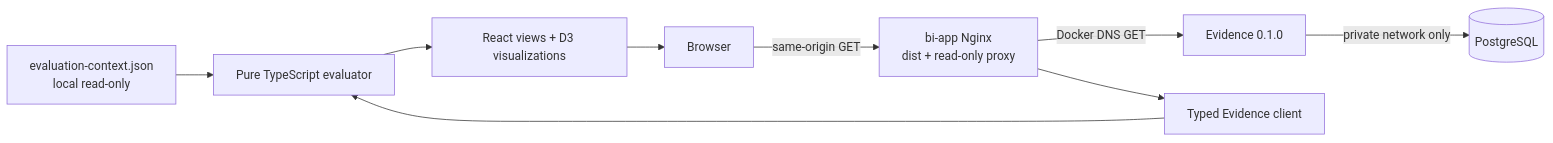
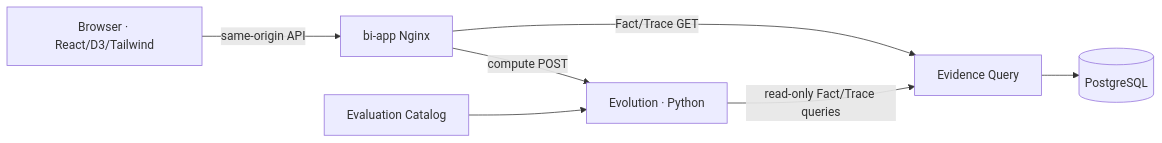
One commit to firestige/workflow-self-recursive changed the diagram in docs/systems/bi/bi-system.md. Above: the diagram before and after it, drawn with Mermaid. The commit also changed other lines of this file and 1 other file, not shown here.

````diff
--- a/docs/systems/bi/bi-system.md
+++ b/docs/systems/bi/bi-system.md
@@ -21,11 +22,9 @@
 ```mermaid
 flowchart LR
-    context["evaluation-context.json<br/>local read-only"] --> evaluator["Pure TypeScript evaluator"]
-    browser[Browser] -->|same-origin GET| nginx["bi-app Nginx<br/>dist + read-only proxy"]
-    nginx -->|Docker DNS GET| evidence["Evidence 0.1.0"]
-    evidence -->|private network only| postgres[(PostgreSQL)]
-    nginx --> client["Typed Evidence client"]
-    client --> evaluator
-    evaluator --> views["React views + D3 visualizations"]
-    views --> browser
+    Browser["Browser · React/D3/Tailwind"] -->|"same-origin API"| Nginx["bi-app Nginx"]
+    Nginx -->|"compute POST"| Evolution["Evolution · Python"]
+    Nginx -->|"Fact/Trace GET"| Evidence["Evidence Query"]
+    Evolution -->|"read-only Fact/Trace queries"| Evidence
+    Evidence --> PostgreSQL[(PostgreSQL)]
+    Catalog["Evaluation Catalog"] --> Evolution
 ```
````
